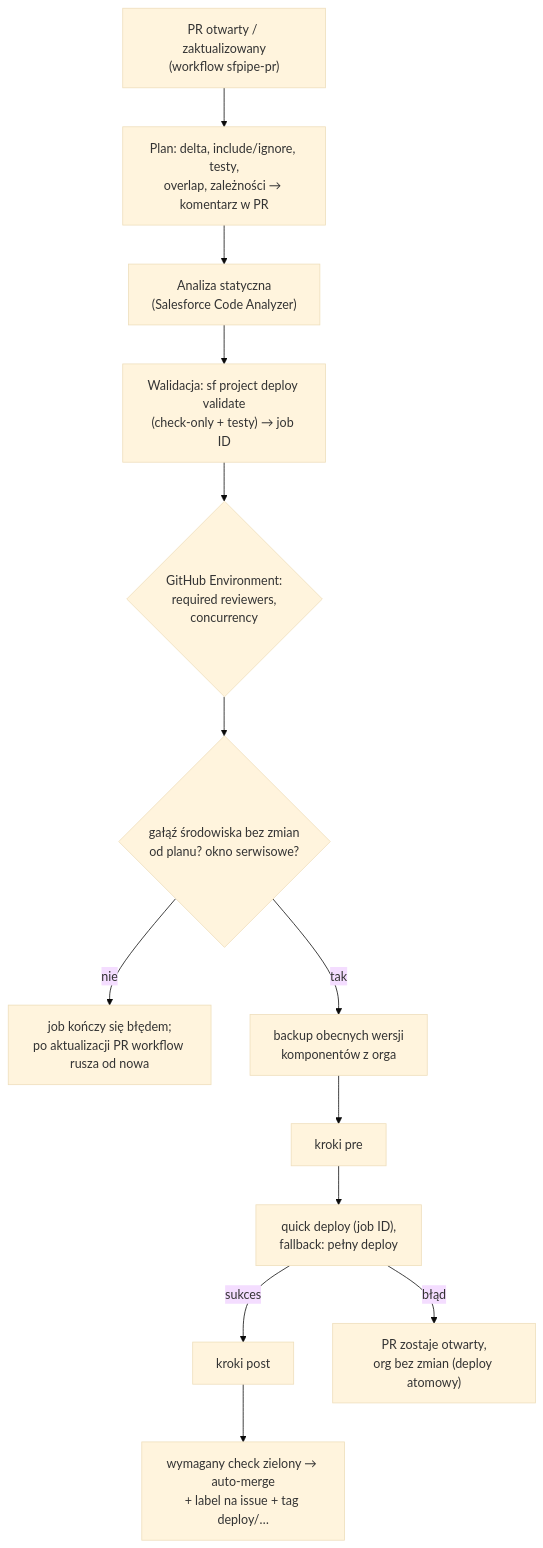
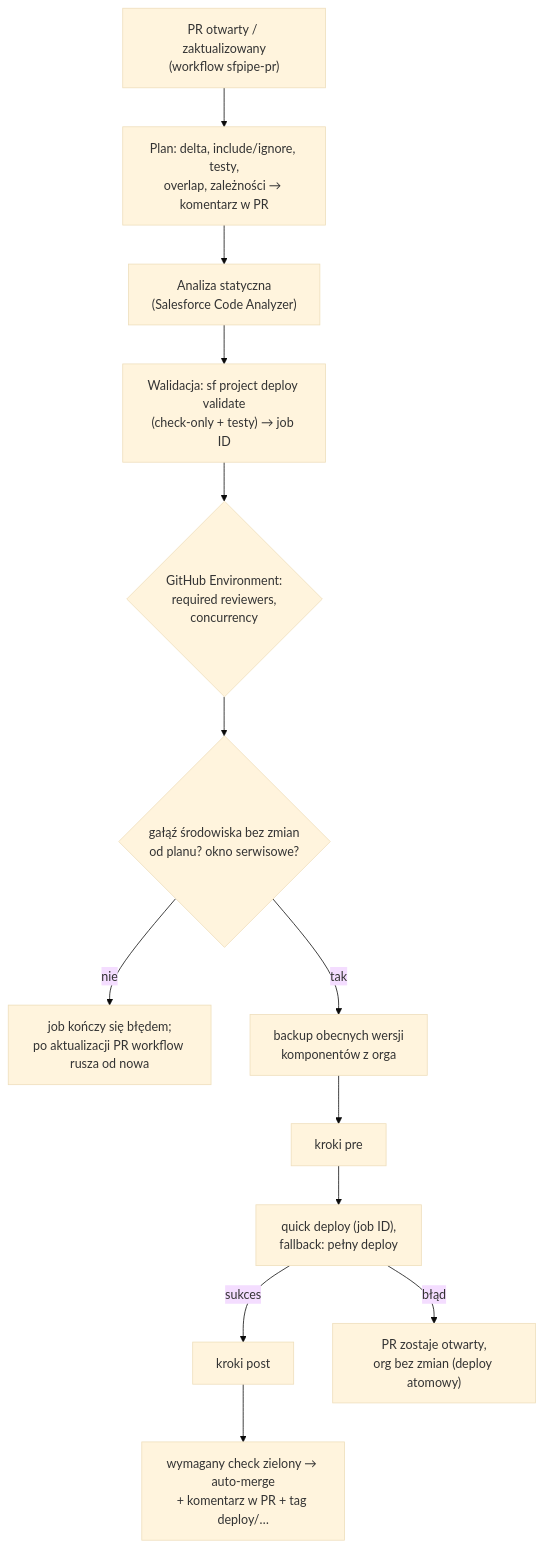
One commit to Vescik/sfpipe changed the second of 2 diagrams in docs/PLAN.md. Above: the diagram before and after it, drawn with Mermaid (base theme). The commit also changed other lines of this file and 21 other files, not shown here.

````diff
--- a/docs/PLAN.md
+++ b/docs/PLAN.md
@@ -317,15 +328,15 @@
 ```mermaid
 flowchart TD
     A["PR otwarty / zaktualizowany<br/>(workflow sfpipe-pr)"] --> B["Plan: delta, include/ignore, testy,<br/>overlap, zależności → komentarz w PR"]
     B --> C["Analiza statyczna<br/>(Salesforce Code Analyzer)"]
     C --> D["Walidacja: sf project deploy validate<br/>(check-only + testy) → job ID"]
     D --> E{"GitHub Environment:<br/>required reviewers,<br/>concurrency"}
     E --> F{"gałąź środowiska bez zmian<br/>od planu? okno serwisowe?"}
     F -->|"nie"| X1["job kończy się błędem;<br/>po aktualizacji PR workflow rusza od nowa"]
     F -->|"tak"| G["backup obecnych wersji<br/>komponentów z orga"]
     G --> H["kroki pre"]
     H --> I["quick deploy (job ID),<br/>fallback: pełny deploy"]
     I -->|"sukces"| J["kroki post"]
-    J --> K["wymagany check zielony → auto-merge<br/>+ label na issue + tag deploy/…"]
+    J --> K["wymagany check zielony → auto-merge<br/>+ komentarz w PR + tag deploy/…"]
     I -->|"błąd"| X2["PR zostaje otwarty,<br/>org bez zmian (deploy atomowy)"]
 ```
````
